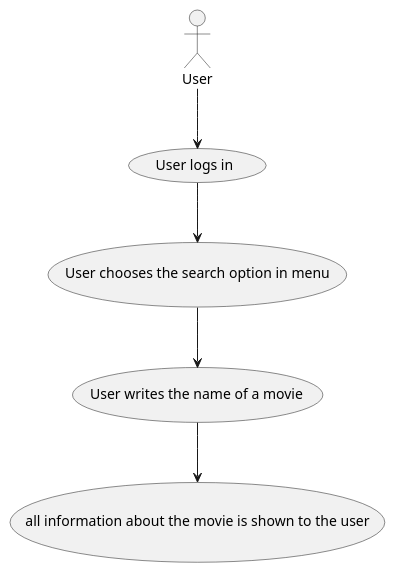
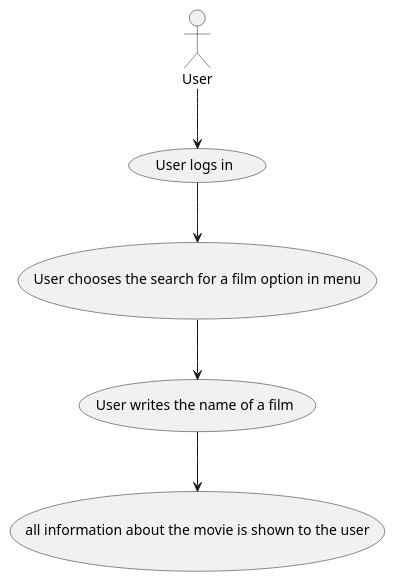
Before and after one commit to Inga-Helgadottir/SP5-J.A.I.R: the diagram in planningSP5/usecaseSearch.wsd, drawn with PlantUML. The commit also changed 14 other files, not shown here.

```diff
--- a/planningSP5/usecaseSearch.wsd
+++ b/planningSP5/usecaseSearch.wsd
@@ -1,8 +1,8 @@
 @startuml SP5
 
 :User: --> (User logs in)
-(User logs in) --> (User chooses the search option in menu)
-(User chooses the search option in menu) --> (User writes the name of a movie)
-(User writes the name of a movie) --> (all information about the movie is shown to the user)
+(User logs in) --> (User chooses the search for a film option in menu)
+(User chooses the search for a film option in menu) --> (User writes the name of a film)
+(User writes the name of a film) --> (all information about the movie is shown to the user)
 
 @enduml
```
